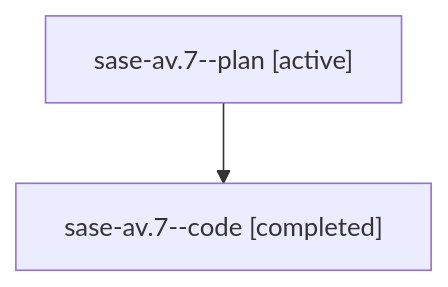
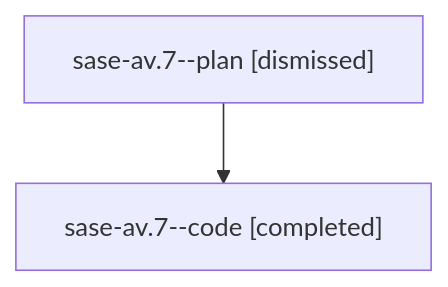
Before and after one commit to sase-org/sase--agents: the diagram in sessions/bbugyi200.athena.sase-av.7.md, drawn with Mermaid. The commit also changed other lines of this file and 91 other files, not shown here.

````diff
--- a/sessions/bbugyi200.athena.sase-av.7.md
+++ b/sessions/bbugyi200.athena.sase-av.7.md
@@ -9,6 +9,6 @@
 ```mermaid
 flowchart TD
-  n0["sase-av.7--plan [active]"]
+  n0["sase-av.7--plan [dismissed]"]
   n1["sase-av.7--code [completed]"]
   n0 --> n1
 ```
````
